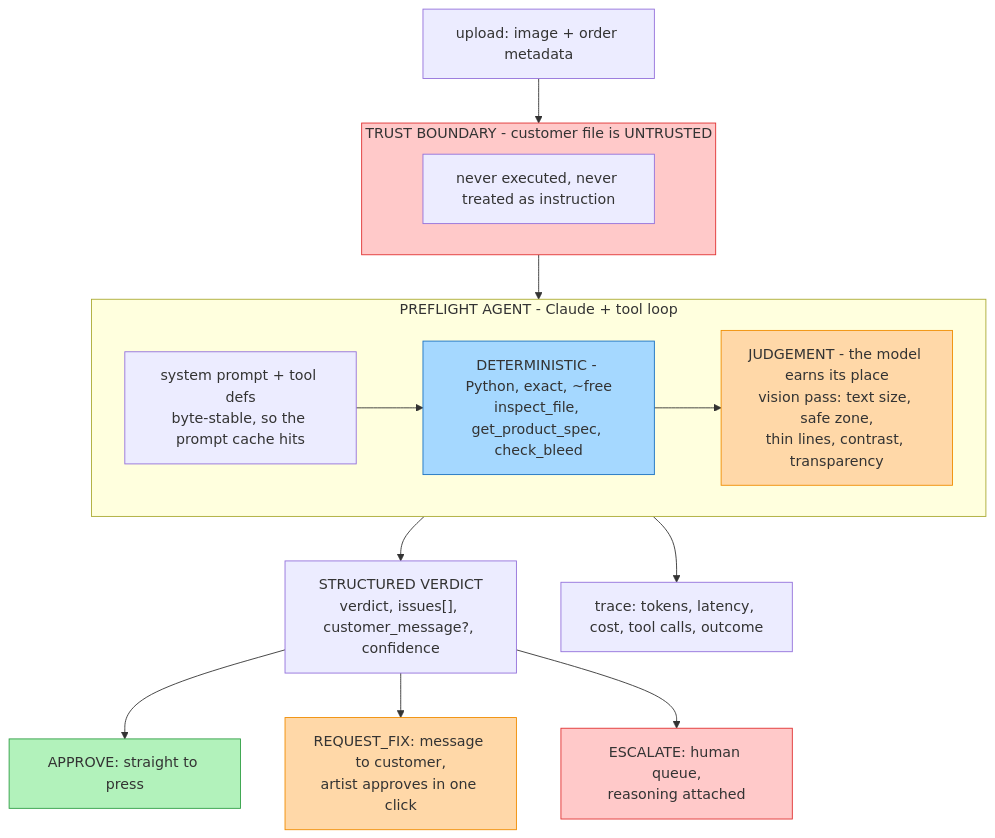
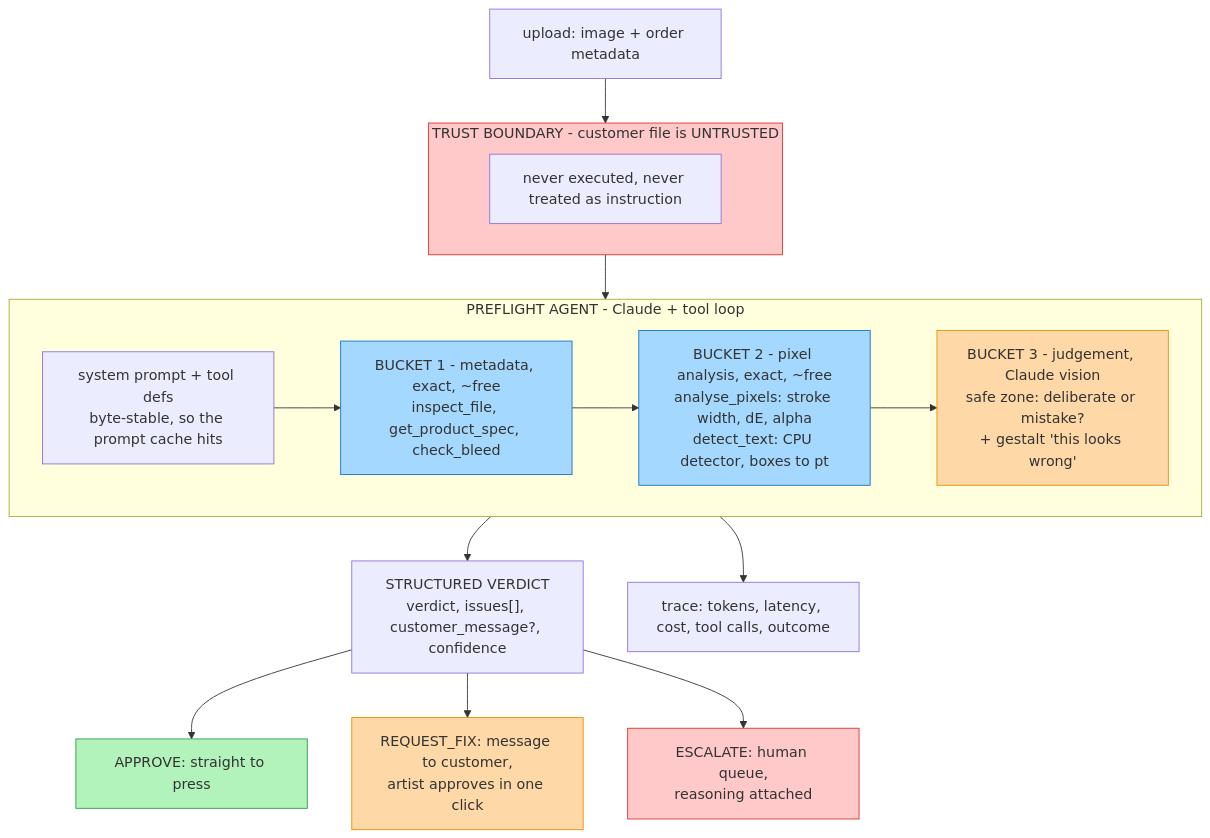
Before and after one commit to ashvolt/agents: the third of 4 diagrams in capstone/docs/architecture.md, drawn with Mermaid. The commit also changed other lines of this file and 3 other files, not shown here.

````diff
--- a/capstone/docs/architecture.md
+++ b/capstone/docs/architecture.md
@@ -91,30 +91,32 @@
 ```mermaid
 flowchart TB
     U[upload: image + order metadata] --> TRUST
 
     subgraph TRUST["TRUST BOUNDARY - customer file is UNTRUSTED"]
         F[never executed, never treated as instruction]
     end
 
     TRUST --> AG
 
     subgraph AG["PREFLIGHT AGENT - Claude + tool loop"]
         SP[system prompt + tool defs<br/>byte-stable, so the prompt cache hits]
-        DET["DETERMINISTIC - Python, exact, ~free<br/>inspect_file, get_product_spec, check_bleed"]
-        JUD["JUDGEMENT - the model earns its place<br/>vision pass: text size, safe zone,<br/>thin lines, contrast, transparency"]
-        SP --> DET --> JUD
+        B1["BUCKET 1 - metadata, exact, ~free<br/>inspect_file, get_product_spec, check_bleed"]
+        B2["BUCKET 2 - pixel analysis, exact, ~free<br/>analyse_pixels: stroke width, dE, alpha<br/>detect_text: CPU detector, boxes to pt"]
+        B3["BUCKET 3 - judgement, Claude vision<br/>safe zone: deliberate or mistake?<br/>+ gestalt 'this looks wrong'"]
+        SP --> B1 --> B2 --> B3
     end
 
     AG --> V["STRUCTURED VERDICT<br/>verdict, issues[], customer_message?, confidence"]
     V --> AP[APPROVE: straight to press]
     V --> RF[REQUEST_FIX: message to customer,<br/>artist approves in one click]
     V --> ES[ESCALATE: human queue,<br/>reasoning attached]
     AG --> TR[trace: tokens, latency, cost, tool calls, outcome]
 
     style TRUST fill:#ffc9c9,stroke:#e03131
-    style DET fill:#a5d8ff,stroke:#1971c2
-    style JUD fill:#ffd8a8,stroke:#f08c00
+    style B1 fill:#a5d8ff,stroke:#1971c2
+    style B2 fill:#a5d8ff,stroke:#1971c2
+    style B3 fill:#ffd8a8,stroke:#f08c00
     style AP fill:#b2f2bb,stroke:#2f9e44
     style RF fill:#ffd8a8,stroke:#f08c00
     style ES fill:#ffc9c9,stroke:#e03131
 ```
````
